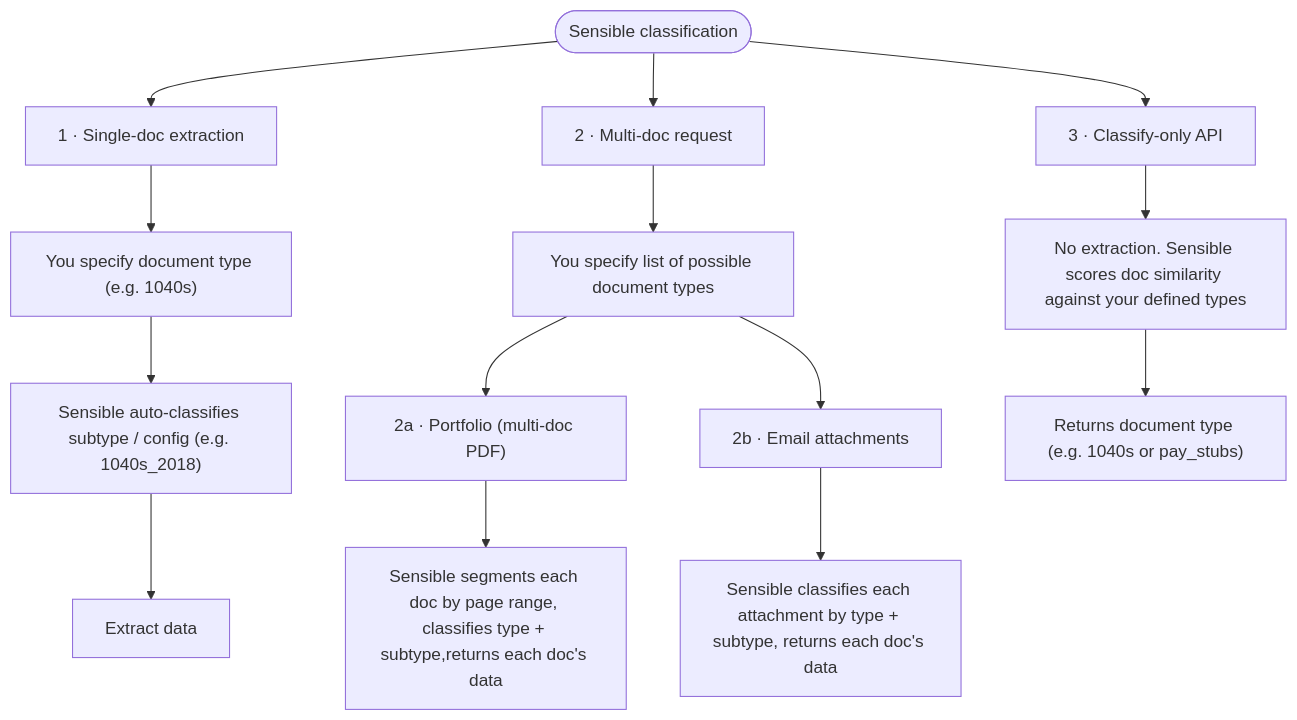
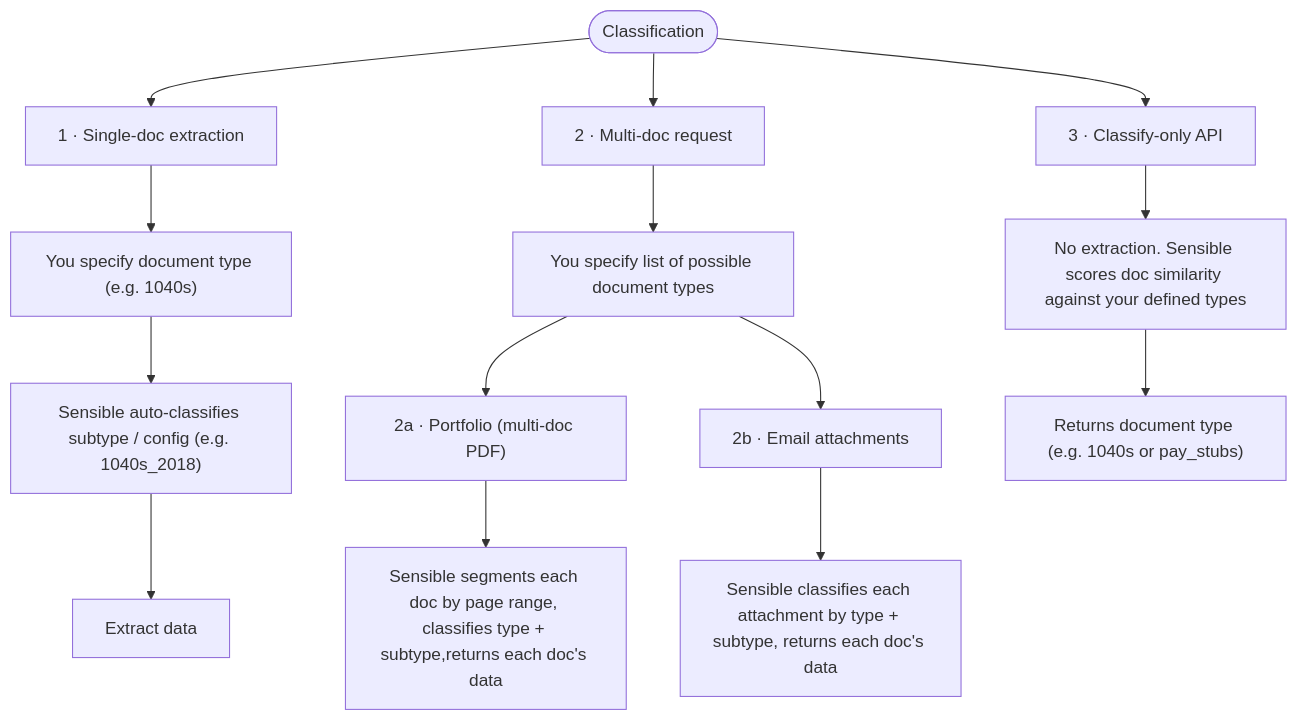
The diagram in docs/document type classification/classify.md (sensible-hq/sensible-docs), drawn with Mermaid before and after one commit.

Commit message:
Update doc `classify`

````diff
--- a/docs/document type classification/classify.md
+++ b/docs/document type classification/classify.md
@@ -27,19 +27,19 @@
 ```mermaid
  flowchart TD
-      A([Sensible classification]) --> B["1 · Single-doc extraction"]
+      A([Classification]) --> B["1 · Single-doc extraction"]
       A --> C["2 · Multi-doc request"]
       A --> D["3 · Classify-only API"]
 
       B --> B1["You specify document type (e.g. 1040s)"]
       B1 --> B2["Sensible auto-classifies subtype / config (e.g. 1040s_2018)"]
       B2 --> B3[Extract data]
 
       C --> C1["You specify list of possible document types"]
       C1 --> C2["2a · Portfolio (multi-doc PDF)"]
       C1 --> C3["2b · Email attachments"]
       C2 --> C2a["Sensible segments each doc by page range, classifies type + subtype,returns each doc's data"]
       C3 --> C3a["Sensible classifies each attachment by type + subtype, returns each doc's data"]
 
       D --> D1["No extraction. Sensible scores doc similarity against your defined types"]
       D1 --> D2["Returns document type (e.g. 1040s or pay_stubs)"]
 ```
````
